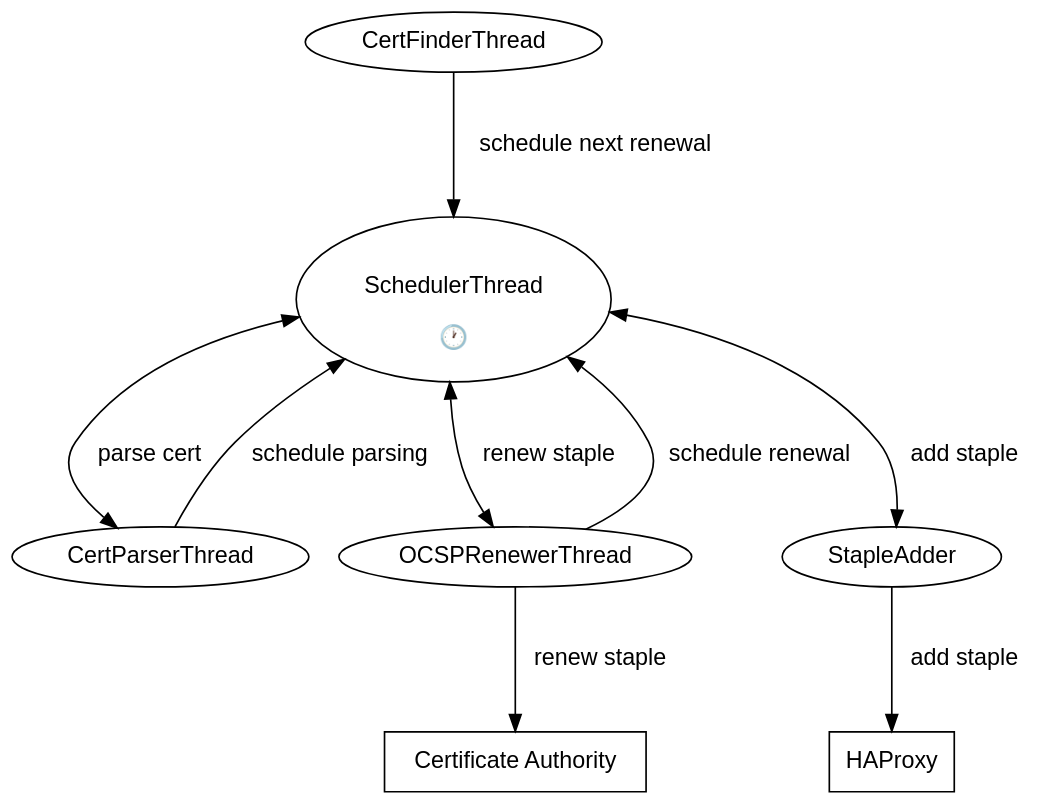
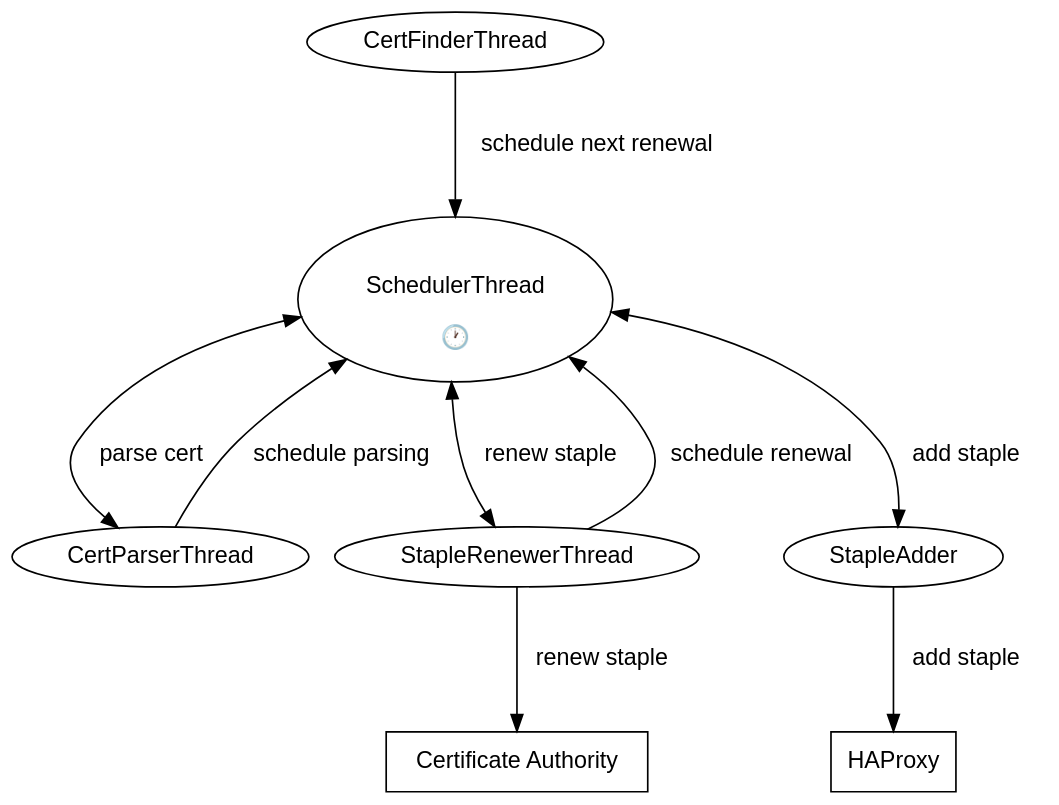
Before and after one commit to greenhost/stapled: the diagram in docs/source/modules.rst, drawn with Graphviz. The commit also changed other lines of this file and 11 other files, not shown here.

```diff
--- a/docs/source/modules.rst
+++ b/docs/source/modules.rst
@@ -30,22 +31,22 @@
 .. graphviz::
 
    digraph {
        graph [fontsize=10, margin=.001, fontname="helvetica" pad=".001", ranksep="1", nodesep="0.001"];
        node [fontname="helvetica"];
        edge [fontname="helvetica"];
        scheduler [label="\nSchedulerThread\n\n🕐" URL="core.html#stapled.scheduling.SchedulerThread"]
        finder [label="CertFinderThread" URL="core.html#stapled.core.certfinder.CertFinderThread"]
        parser [label="CertParserThread" URL="core.html#stapled.core.certparser.CertParserThread"]
-       renewer [label="OCSPRenewerThread" URL="core.html#stapled.core.ocsprenewer.OCSPRenewerThread"]
+       renewer [label="StapleRenewerThread" URL="core.html#stapled.core.staplerenewer.StapleRenewerThread"]
        adder [label="StapleAdder" URL="core.html#stapled.core.stapleadder.StapleAdder"]
        haproxy [label=HAProxy shape=box URL="https://www.haproxy.com/"]
        ca[label="Certificate Authority" shape=box URL="https://en.wikipedia.org/wiki/Certificate_authority"]
        finder -> scheduler [label="  schedule next renewal"];
        parser -> scheduler [label=" schedule parsing  "]
        scheduler -> parser [dir="both" label="  parse cert "]
        scheduler -> renewer [dir="both" label="  renew staple    "]
        renewer -> ca [label="  renew staple"]
        renewer -> scheduler [label=" schedule renewal  "]
        scheduler -> adder [dir="both" label="  add staple  "]
        adder -> haproxy [label="  add staple  "]
    }
```
